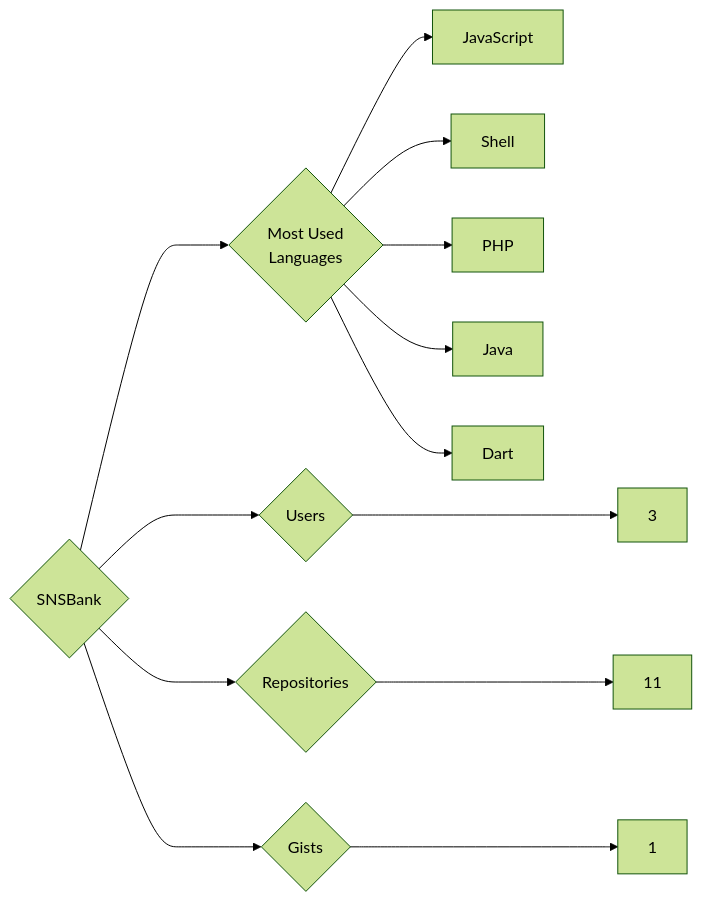
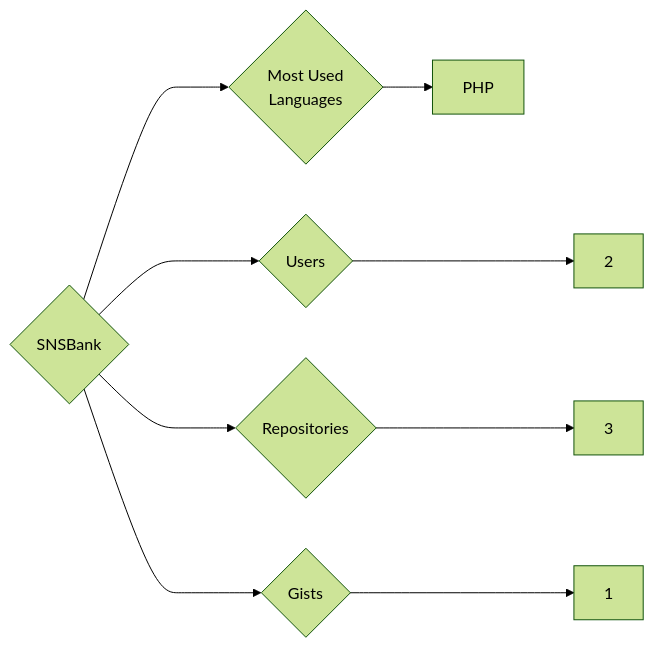
Before and after one commit to trickest/insiders: the diagram in targets/SNSBank/README.md, drawn with Mermaid (forest theme). The commit also changed 1484 other files, not shown here.

````diff
--- a/targets/SNSBank/README.md
+++ b/targets/SNSBank/README.md
@@ -3,13 +3,9 @@
 ```mermaid
 graph LR
 COMPANY_NAME{SNSBank}
-COMPANY_NAME ---> U{Users} ---> UN[3]
-COMPANY_NAME ---> R{Repositories} ---> RN[11]
+COMPANY_NAME ---> U{Users} ---> UN[2]
+COMPANY_NAME ---> R{Repositories} ---> RN[3]
 COMPANY_NAME ---> G{Gists} ---> GN[1]
 COMPANY_NAME ---> ML{Most Used<br>Languages}
-ML --> JavaScript[JavaScript]
-ML --> Shell[Shell]
 ML --> PHP[PHP]
-ML --> Java[Java]
-ML --> Dart[Dart]
 ```
````
